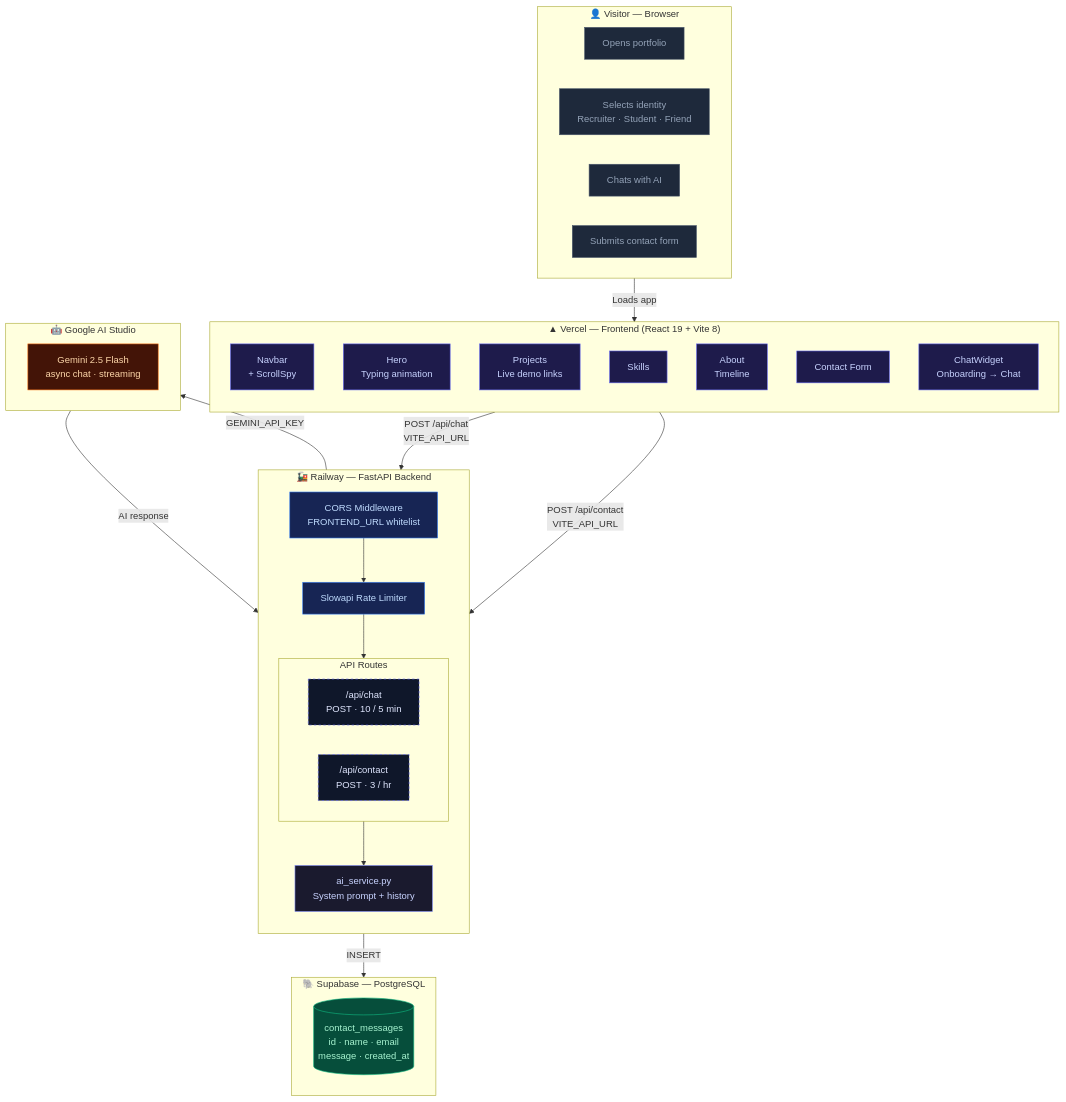
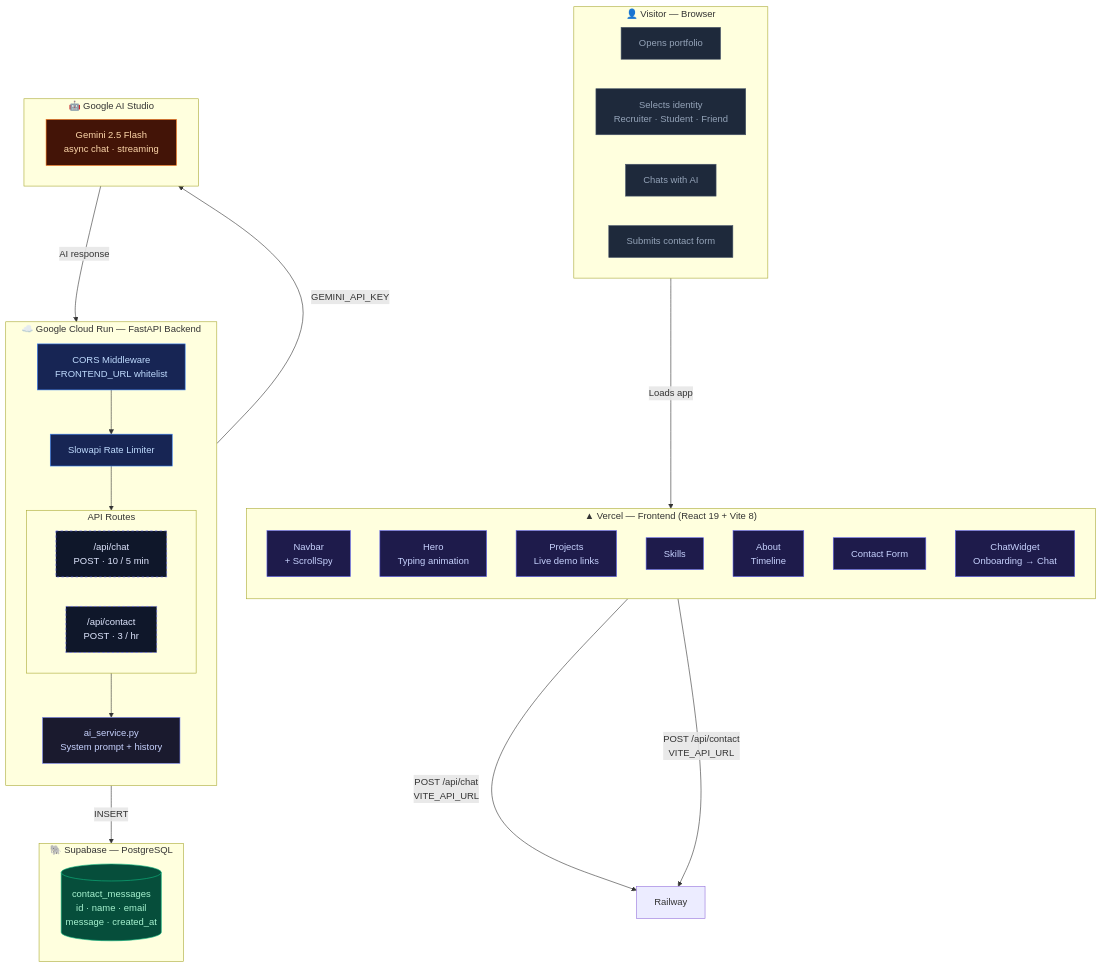
One commit to Qisanxi/Portfolio changed the first of 3 diagrams in README.md. Above: the diagram before and after it, drawn with Mermaid. The commit also changed other lines of this file and 13 other files, not shown here.

````diff
--- a/README.md
+++ b/README.md
@@ -27,58 +27,58 @@
 ```mermaid
 graph TB
     subgraph Visitor["👤 Visitor — Browser"]
         direction LR
         V1["Opens portfolio"]:::action
         V2["Selects identity\nRecruiter · Student · Friend"]:::action
         V3["Chats with AI"]:::action
         V4["Submits contact form"]:::action
     end
 
     subgraph Vercel["▲ Vercel  —  Frontend  (React 19 + Vite 8)"]
         direction TB
         NAV["Navbar\n+ ScrollSpy"]:::ui
         HERO["Hero\nTyping animation"]:::ui
         PROJ["Projects\nLive demo links"]:::ui
         SKILLS["Skills"]:::ui
         ABOUT["About\nTimeline"]:::ui
         CONTACT["Contact Form"]:::ui
         CW["ChatWidget\nOnboarding → Chat"]:::ui
     end
 
-    subgraph Railway["🚂 Railway  —  FastAPI Backend"]
+    subgraph CloudRun["☁️ Google Cloud Run  —  FastAPI Backend"]
         direction TB
         CORS["CORS Middleware\nFRONTEND_URL whitelist"]:::middleware
         RL["Slowapi Rate Limiter"]:::middleware
         subgraph Routes["API Routes"]
             direction LR
             CHAT_RT["/api/chat\nPOST · 10 / 5 min"]:::route
             CONTACT_RT["/api/contact\nPOST · 3 / hr"]:::route
         end
         AI_SVC["ai_service.py\nSystem prompt + history"]:::service
         CORS --> RL --> Routes
         CHAT_RT --> AI_SVC
     end
 
     subgraph Supabase["🐘 Supabase  —  PostgreSQL"]
         DB[("contact_messages\nid · name · email\nmessage · created_at")]:::db
     end
 
     subgraph GoogleAI["🤖 Google AI Studio"]
         GEMINI["Gemini 2.5 Flash\nasync chat · streaming"]:::external
     end
 
     Visitor -->|"Loads app"| Vercel
     CW -->|"POST /api/chat\nVITE_API_URL"| Railway
     CONTACT -->|"POST /api/contact\nVITE_API_URL"| Railway
     AI_SVC -->|"GEMINI_API_KEY"| GoogleAI
     GoogleAI -->|"AI response"| AI_SVC
     CONTACT_RT -->|"INSERT"| Supabase
 
     classDef ui fill:#1e1b4b,stroke:#6366f1,color:#c7d2fe
     classDef middleware fill:#172554,stroke:#3b82f6,color:#bfdbfe
     classDef route fill:#0f172a,stroke:#6366f1,color:#e0e7ff,stroke-dasharray:4
     classDef service fill:#1a1a2e,stroke:#818cf8,color:#c7d2fe
     classDef db fill:#064e3b,stroke:#10b981,color:#a7f3d0
     classDef external fill:#431407,stroke:#f97316,color:#fed7aa
     classDef action fill:#1e293b,stroke:#475569,color:#94a3b8
 ```
````
